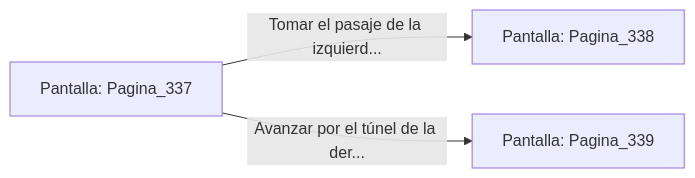
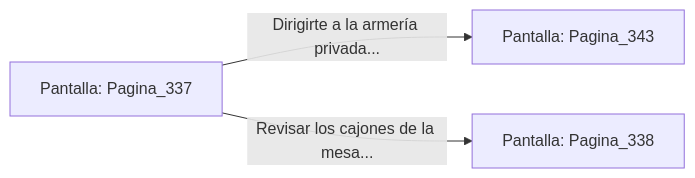
Before and after one commit to metsuke/mpl: the diagram in sample/eligejuego-vault/Pantalla_Pagina_337.md, drawn with Mermaid. The commit also changed other lines of this file and 635 other files, not shown here.

First line of the commit message:
fix: añadir Pagina_1 como pantalla inicial en capitulo_01.mpl

````diff
--- a/sample/eligejuego-vault/Pantalla_Pagina_337.md
+++ b/sample/eligejuego-vault/Pantalla_Pagina_337.md
@@ -20,6 +24,6 @@
 ```mermaid
 graph LR
     P_Pagina_337["Pantalla: Pagina_337"]
-    P_Pagina_337 -->|"Tomar el pasaje de la izquierd..."| P_Pagina_338["Pantalla: Pagina_338"]
-    P_Pagina_337 -->|"Avanzar por el túnel de la der..."| P_Pagina_339["Pantalla: Pagina_339"]
+    P_Pagina_337 -->|"Dirigirte a la armería privada..."| P_Pagina_343["Pantalla: Pagina_343"]
+    P_Pagina_337 -->|"Revisar los cajones de la mesa..."| P_Pagina_338["Pantalla: Pagina_338"]
 ```
````
